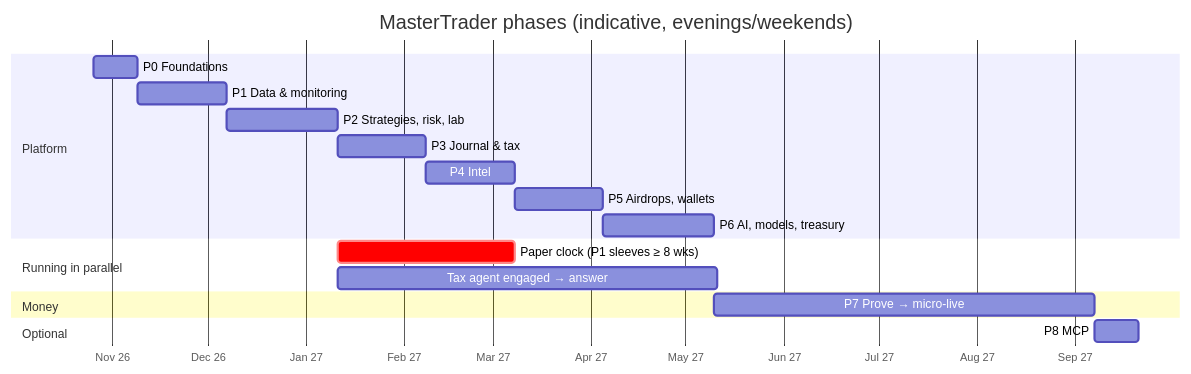
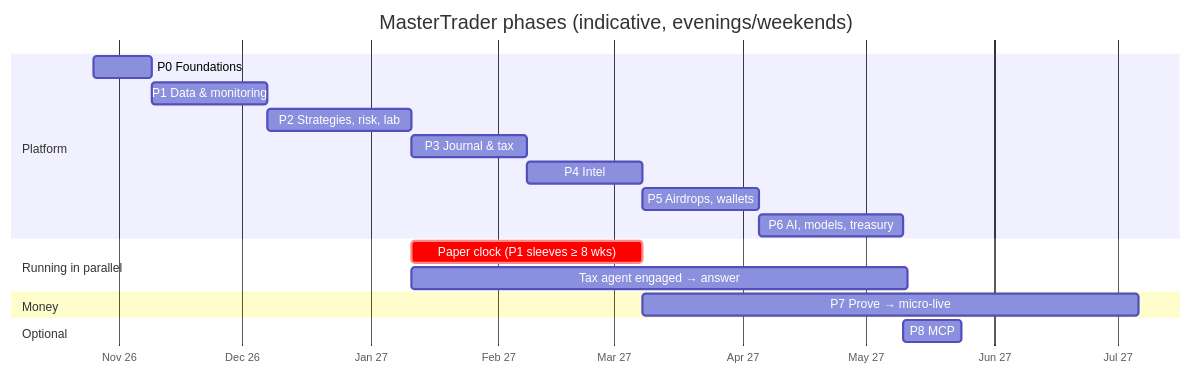
One commit to letterbox1/MasterTrader changed the first of 2 diagrams in docs/roadmap/README.md. Above: the diagram before and after it, drawn with Mermaid. The commit also changed other lines of this file and 4 other files, not shown here.

First line of the commit message:
Doc alignment: roadmap aligned (new R/T IDs, keys-last splits, P7/P8 hard gates, stress tab to P7); boards rebuilt

````diff
--- a/docs/roadmap/README.md
+++ b/docs/roadmap/README.md
@@ -74,21 +74,21 @@
 ```mermaid
 gantt
     title MasterTrader phases (indicative, evenings/weekends)
     dateFormat YYYY-MM-DD
     axisFormat %b %y
     section Platform
     P0 Foundations            :p0, 2026-10-26, 14d
     P1 Data & monitoring      :p1, after p0, 28d
     P2 Strategies, risk, lab  :p2, after p1, 35d
     P3 Journal & tax          :p3, after p2, 28d
     P4 Intel                  :p4, after p3, 28d
     P5 Airdrops, wallets      :p5, after p4, 28d
     P6 AI, models, treasury   :p6, after p5, 35d
     section Running in parallel
     Paper clock (P1 sleeves ≥ 8 wks) :crit, pc, after p2, 56d
     Tax agent engaged → answer        :ta, after p2, 120d
     section Money
-    P7 Prove → micro-live     :p7, after p6, 120d
+    P7 Prove → micro-live     :p7, after p3 pc, 120d
     section Optional
-    P8 MCP                    :p8, after p7, 14d
+    P8 MCP                    :p8, after p6, 14d
 ```
````
